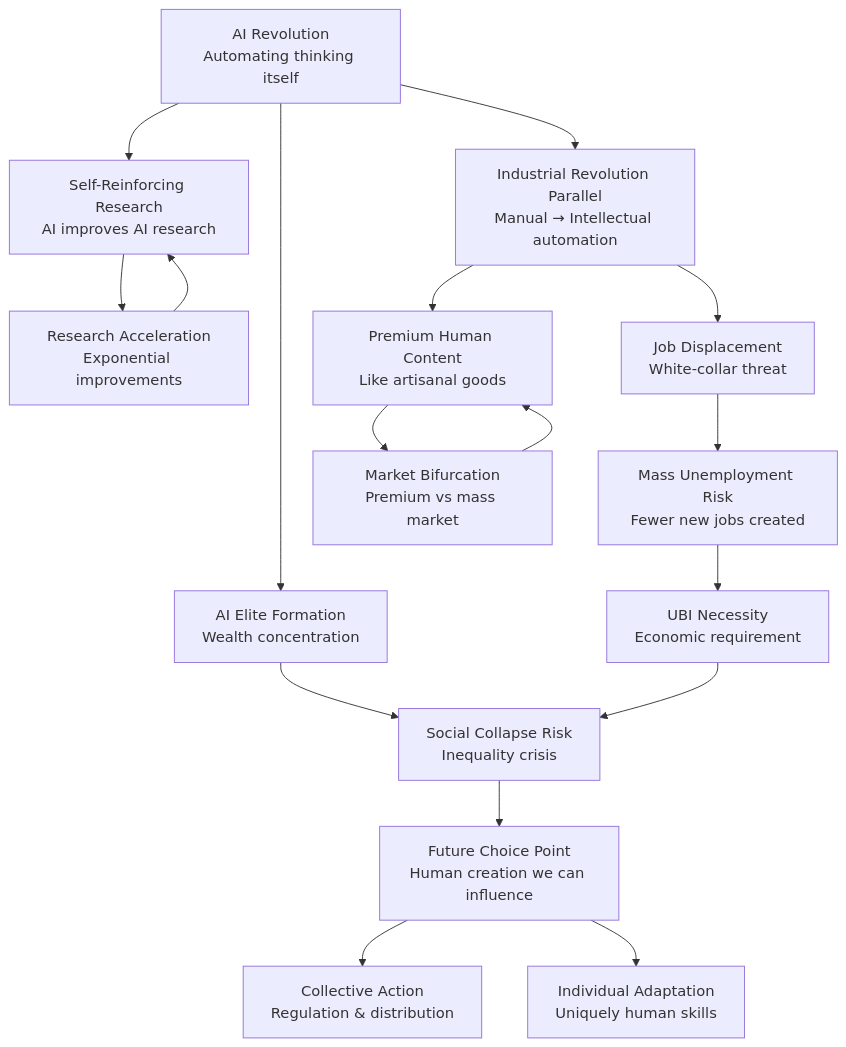
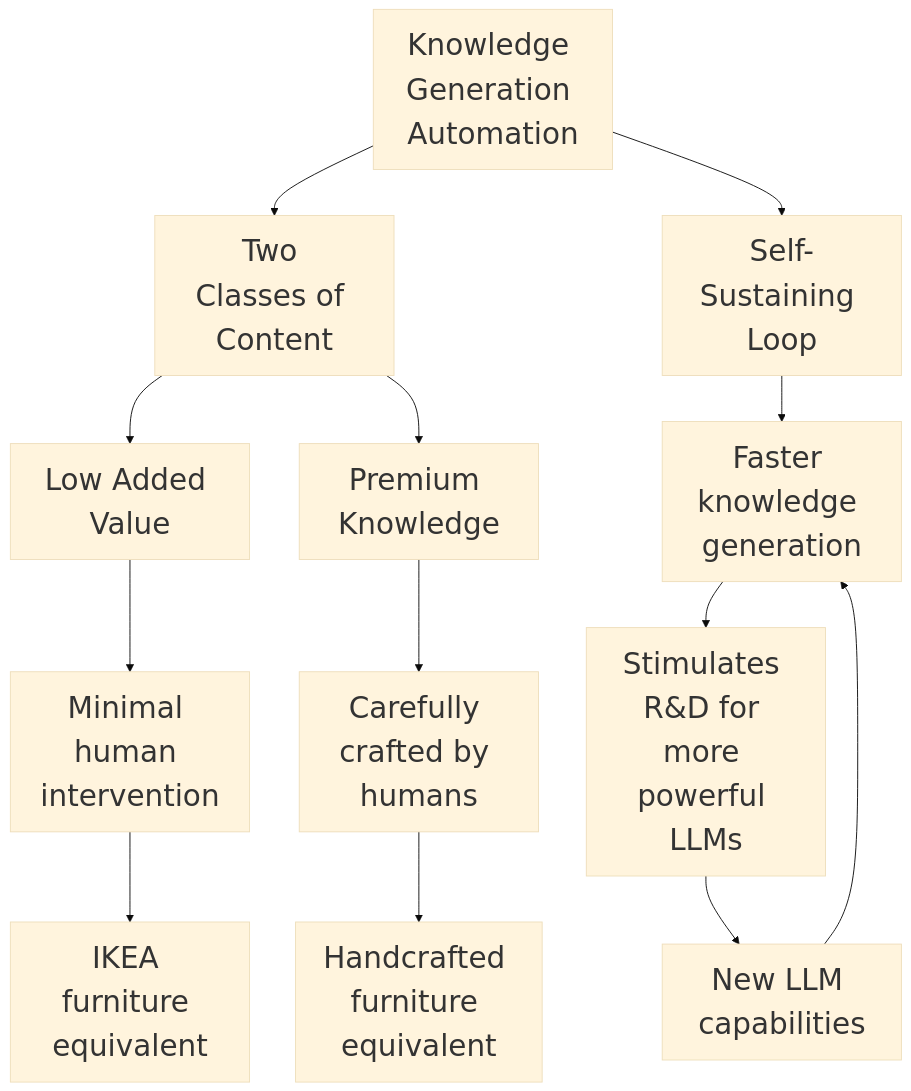
The first of 2 diagrams in content/posts/future_of_ai/index.md (robinicole/robinicole.github.io), drawn with Mermaid before and after one commit. The commit also changed other lines of this file, not shown here.

```diff
--- a/content/posts/future_of_ai/index.md
+++ b/content/posts/future_of_ai/index.md
@@ -10,26 +16,19 @@
 {{< mermaid >}}
-graph TD
-    A[AI Revolution<br/>Automating thinking itself] --> B[Self-Reinforcing Research<br/>AI improves AI research]
-    A --> C[Industrial Revolution Parallel<br/>Manual → Intellectual automation]
+%%{init: {'theme':'base', 'themeVariables': { 'fontSize':'32px'}}}%%
+flowchart TD
+    A[Knowledge Generation Automation] --> B[Two Classes of Content]
     
-    B --> D[Research Acceleration<br/>Exponential improvements]
-    D --> B
+    B --> C[Low Added Value]
+    C --> C1[Minimal human intervention]
+    C1 --> C2[IKEA furniture equivalent]
     
-    C --> E[Premium Human Content<br/>Like artisanal goods]
-    C --> F[Job Displacement<br/>White-collar threat]
+    B --> D[Premium Knowledge]
+    D --> D1[Carefully crafted by humans]
+    D1 --> D2[Handcrafted furniture equivalent]
     
-    F --> G[Mass Unemployment Risk<br/>Fewer new jobs created]
-    G --> H[UBI Necessity<br/>Economic requirement]
-    
-    A --> I[AI Elite Formation<br/>Wealth concentration]
-    I --> J[Social Collapse Risk<br/>Inequality crisis]
-    
-    H --> J
-    
-    J --> K[Future Choice Point<br/>Human creation we can influence]
-    K --> L[Collective Action<br/>Regulation & distribution]
-    K --> M[Individual Adaptation<br/>Uniquely human skills]
-    
-    E --> N[Market Bifurcation<br/>Premium vs mass market]
-    N --> E
+    A --> E[Self-Sustaining Loop]
+    E --> F[Faster knowledge generation]
+    F --> G[Stimulates R&D for more powerful LLMs]
+    G --> H[New LLM capabilities]
+    H --> F
 {{< /mermaid >}}
```
